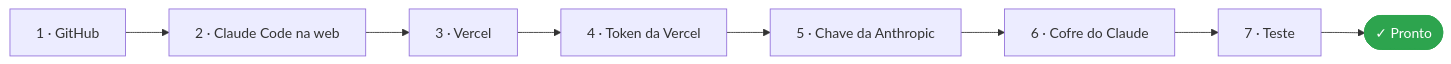
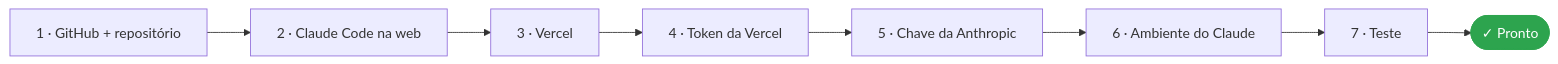
One commit to Blueydata/ai-dev-foundation changed the first of 2 diagrams in PREREQUISITES.md. Above: the diagram before and after it, drawn with Mermaid. The commit also changed other lines of this file and 10 other files, not shown here.

First line of the commit message:
docs: repository created in the prerequisites, Anthropic key as an environment variable copied to Vercel by Claude

````diff
--- a/PREREQUISITES.md
+++ b/PREREQUISITES.md
@@ -10,5 +10,5 @@
 ```mermaid
 flowchart LR
-    A["1 · GitHub"] --> B["2 · Claude Code na web"] --> C["3 · Vercel"] --> D["4 · Token da Vercel"] --> E["5 · Chave da Anthropic"] --> F["6 · Cofre do Claude"] --> G["7 · Teste"] --> H(["✓ Pronto"])
+    A["1 · GitHub + repositório"] --> B["2 · Claude Code na web"] --> C["3 · Vercel"] --> D["4 · Token da Vercel"] --> E["5 · Chave da Anthropic"] --> F["6 · Ambiente do Claude"] --> G["7 · Teste"] --> H(["✓ Pronto"])
     style H fill:#2da44e,color:#fff,stroke:#2da44e
 ```
````
